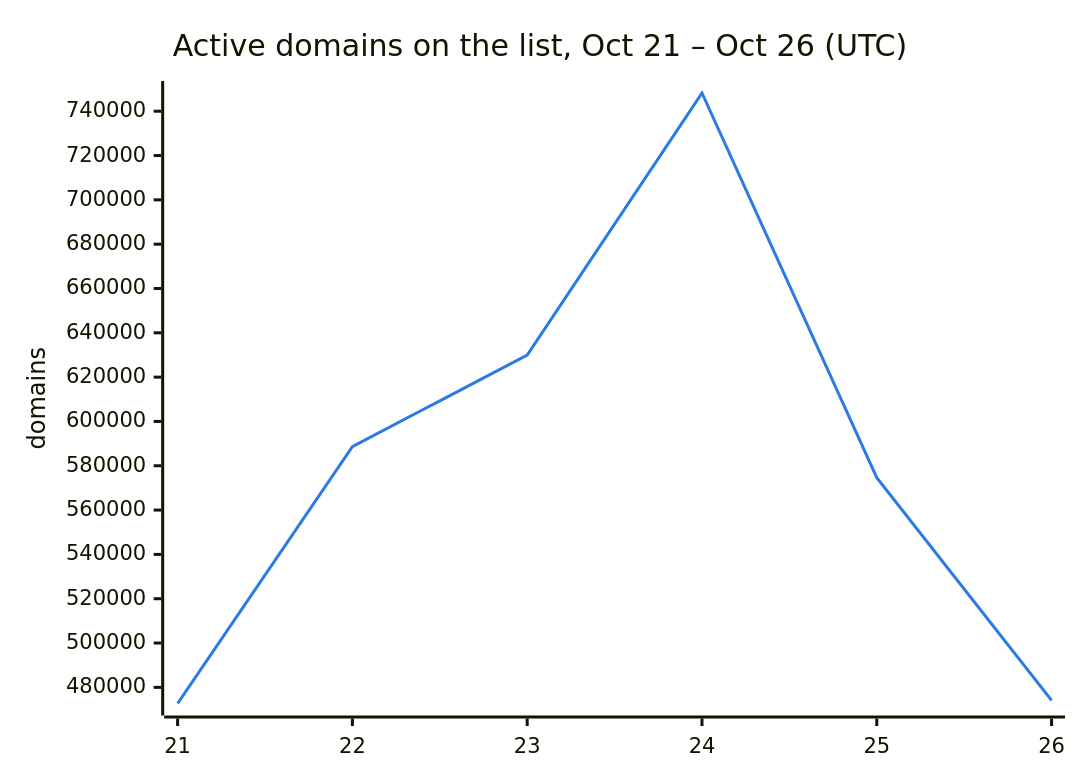
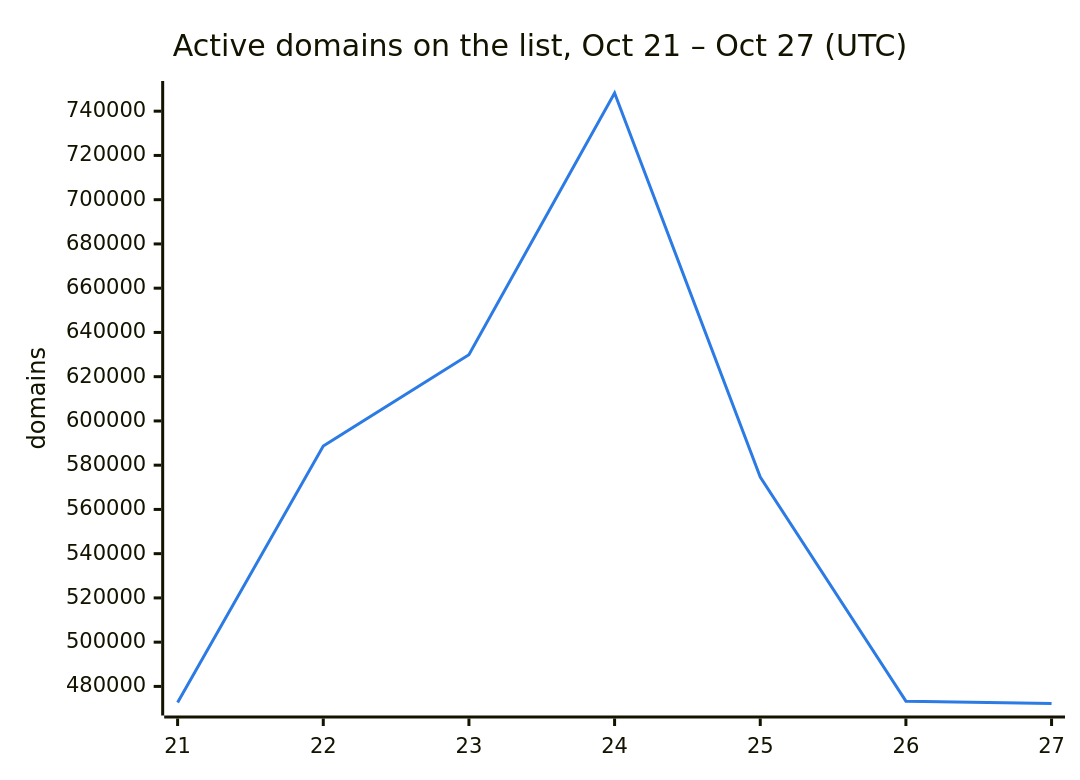
One commit to DNSBunker/CTI changed the second of 3 diagrams in README.md. Above: the diagram before and after it, drawn with Mermaid. The commit also changed other lines of this file and 3 other files, not shown here.

First line of the commit message:
Update 2026-10-27 00:10 UTC: 472277 domains

````diff
--- a/README.md
+++ b/README.md
@@ -38,8 +38,8 @@
 ```mermaid
 %%{init: {"themeVariables": {"xyChart": {"plotColorPalette": "#2c7be5"}}}}%%
 xychart-beta
-    title "Active domains on the list, Oct 21 – Oct 26 (UTC)"
-    x-axis ["21", "22", "23", "24", "25", "26"]
+    title "Active domains on the list, Oct 21 – Oct 27 (UTC)"
+    x-axis ["21", "22", "23", "24", "25", "26", "27"]
     y-axis "domains"
-    line [472713, 588659, 629951, 748222, 574614, 474139]
+    line [472713, 588659, 629951, 748222, 574614, 473331, 472277]
 ```
````
